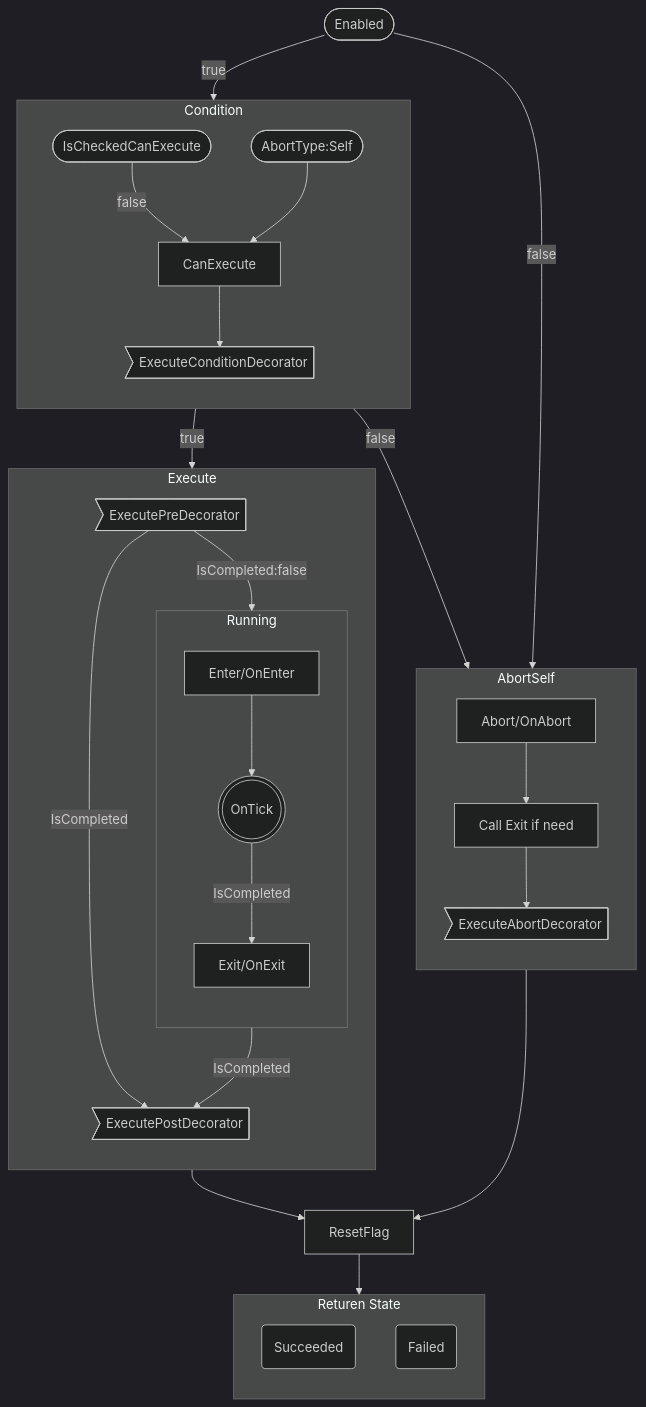
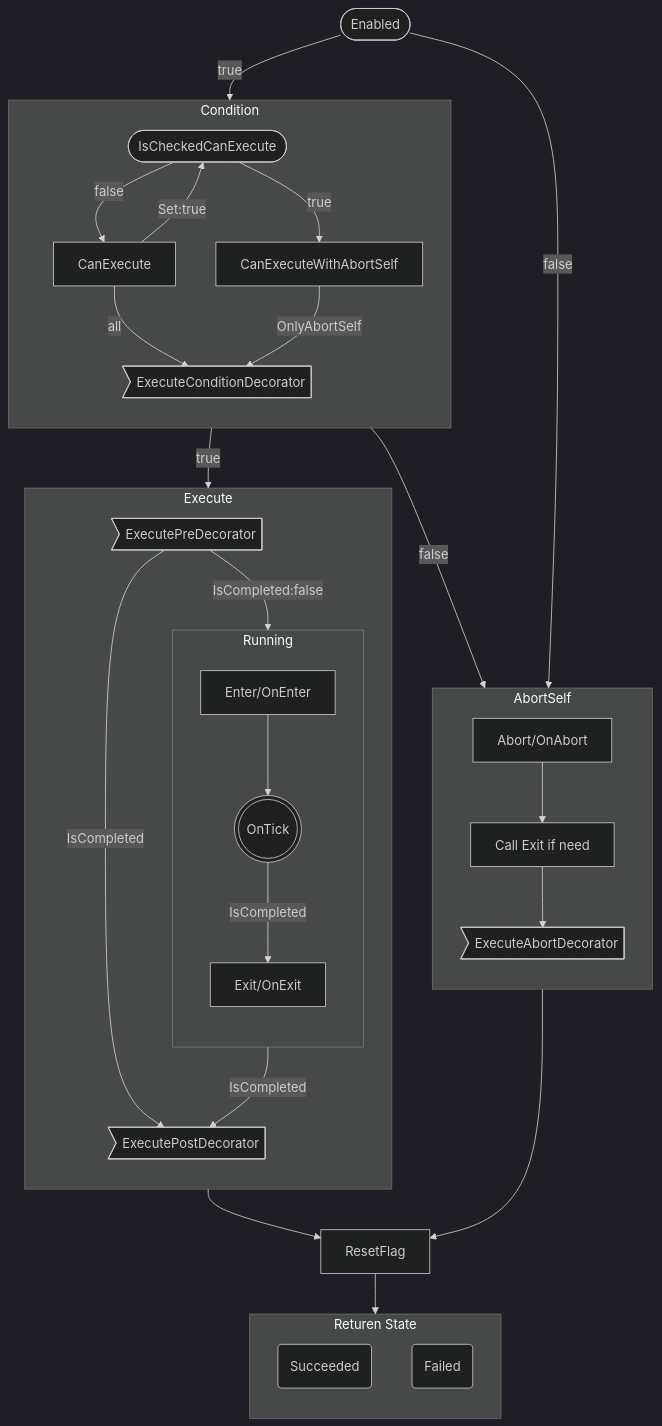
Before and after one commit to 0x3f3f3f3f/Megumin.GameFramework.AI: the second of 2 diagrams in UnityAI/Packages/com.megumin.ai/Runtime/BehaviorTree/README.md, drawn with Mermaid (dark theme). The commit also changed other lines of this file and 4 other files, not shown here.

````diff
--- a/UnityAI/Packages/com.megumin.ai/Runtime/BehaviorTree/README.md
+++ b/UnityAI/Packages/com.megumin.ai/Runtime/BehaviorTree/README.md
@@ -69,47 +69,52 @@
 ```mermaid
 graph TB
 
 subgraph Return [Returen State]
 direction TB
     rs(Succeeded)
     rf(Failed)
 end
 
 subgraph Condition [Condition]
 direction TB
     ecd>ExecuteConditionDecorator]
-    a([IsCheckedCanExecute]) --> |false|CanExecute
-    b([AbortType:Self]) --> CanExecute --> ecd
+    a([IsCheckedCanExecute])
+
+    a--> |false|CanExecute
+    CanExecute --> |all|ecd
+    CanExecute -->|Set:true|a
+    a--> |true|CanExecuteWithAbortSelf
+    CanExecuteWithAbortSelf --> |OnlyAbortSelf|ecd
 end
 
 subgraph Execute
 direction TB
     epred>ExecutePreDecorator]
     epostd>ExecutePostDecorator]
     epred --> |IsCompleted:false| Running --> |IsCompleted| epostd
     epred --> |IsCompleted| epostd
 end
 
 subgraph Running
 direction TB
     Enter/OnEnter --> OnTick(((OnTick)))
     OnTick --> |IsCompleted| Exit/OnExit
 end
 
 subgraph AbortSelf
 direction TB
     ead>ExecuteAbortDecorator]
     Abort/OnAbort --> callExit[Call Exit if need] --> ead
 end
 
 e([Enabled])
 e --> |true| Condition
 Condition --> |true| Execute
 Execute --> ResetFlag
 
 e --> |false| AbortSelf
 Condition --> |false| AbortSelf
 AbortSelf --> ResetFlag
 
 ResetFlag --> Return
 ```
````
